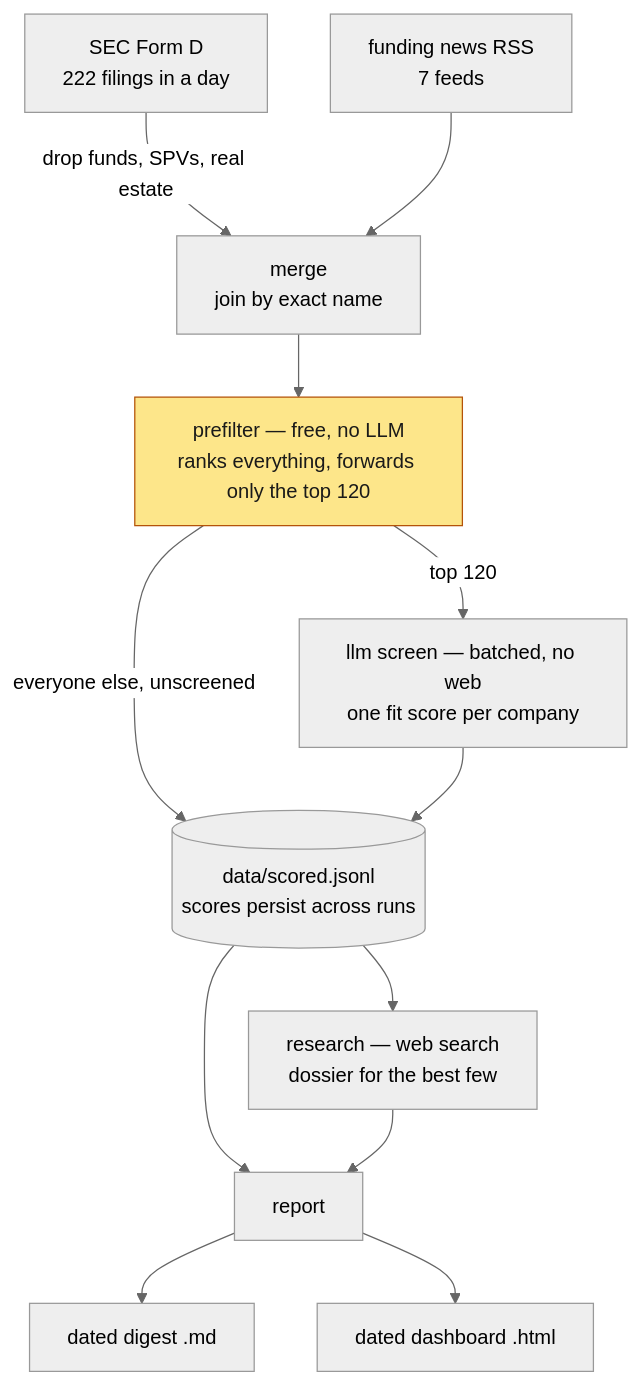
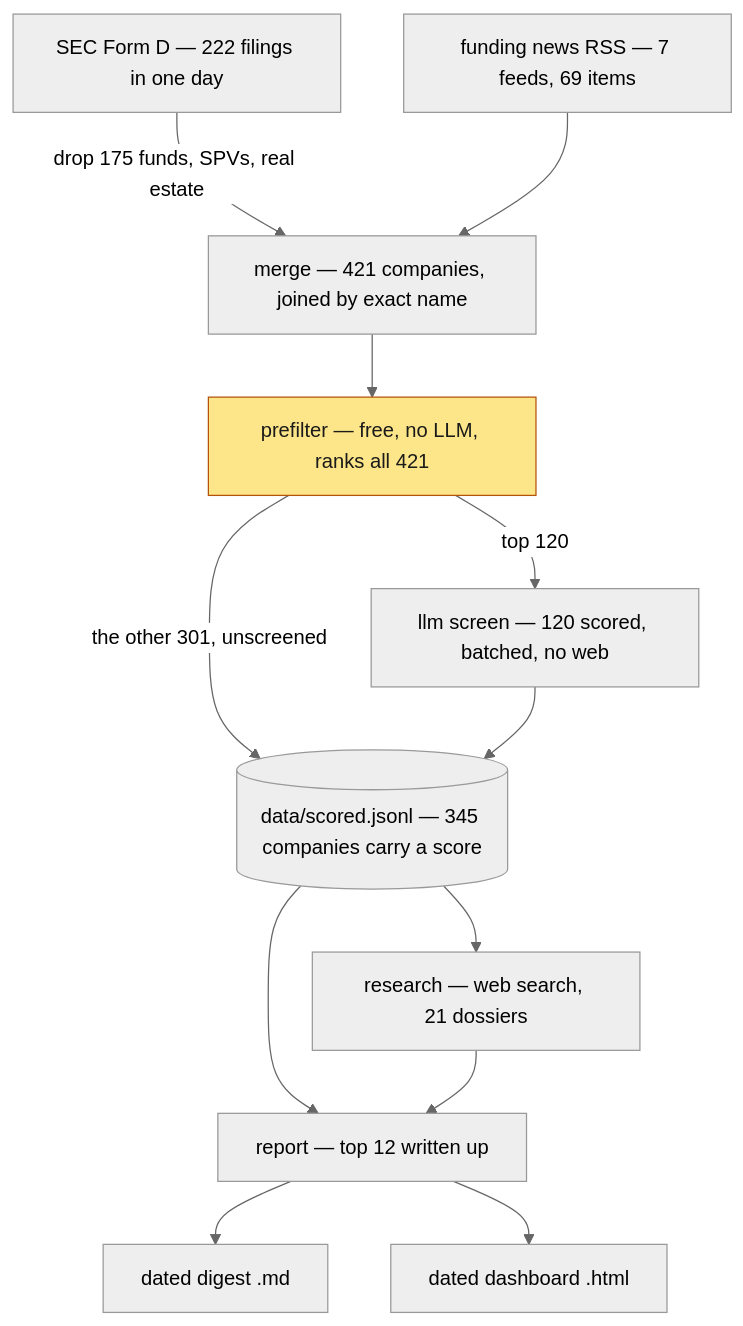
Before and after one commit to zerolocker/startup-finder: the diagram in README.md, drawn with Mermaid (neutral theme). The commit also changed other lines of this file, not shown here.

Commit message:
Drop the last HTML tags from the diagram, and label every stage with a count
<br/> is still an HTML tag, so the labels are now single-line: mermaid wraps
them on its own, and the chart renders the same on GitHub without depending
on HTML support at all. Verified zero tags remain by rendering the block.

Every stage now carries its count, which makes the shape of the funnel
legible without reading the prose: 222 filings in a day, 175 dropped as funds
and SPVs, 421 companies merged, 120 of them screened and the other 301 not,
345 carrying a score, 21 dossiers, 12 written up.

Those figures mix two clocks -- filings are one day's, everything downstream
accumulates on disk across runs -- so the caption now says which is which
rather than implying a single pass produced all of them. Also corrects the
intro, which said 41 operating companies where 47 were kept; 41 was the
count that was new rather than already on disk.

````diff
--- a/README.md
+++ b/README.md
@@ -38,18 +38,18 @@
 ```mermaid
 flowchart TD
-    A["SEC Form D<br/>222 filings in a day"] -->|"drop funds, SPVs, real estate"| C
-    B["funding news RSS<br/>7 feeds"] --> C
-    C["merge<br/>join by exact name"] --> D
-    D["prefilter — free, no LLM<br/>ranks everything, forwards only the top 120"]
+    A["SEC Form D — 222 filings in one day"] -->|"drop 175 funds, SPVs, real estate"| C
+    B["funding news RSS — 7 feeds, 69 items"] --> C
+    C["merge — 421 companies, joined by exact name"] --> D
+    D["prefilter — free, no LLM, ranks all 421"]
     D -->|"top 120"| E
-    D -->|"everyone else, unscreened"| S
-    E["llm screen — batched, no web<br/>one fit score per company"] --> S
-    S[("data/scored.jsonl<br/>scores persist across runs")]
+    D -->|"the other 301, unscreened"| S
+    E["llm screen — 120 scored, batched, no web"] --> S
+    S[("data/scored.jsonl — 345 companies carry a score")]
     S --> F & R
-    F["research — web search<br/>dossier for the best few"] --> R
-    R["report"] --> G["dated digest .md"]
+    F["research — web search, 21 dossiers"] --> R
+    R["report — top 12 written up"] --> G["dated digest .md"]
     R --> H["dated dashboard .html"]
 
     classDef gate fill:#fde68a,stroke:#b45309,color:#1a1a19
     class D gate
 ```
````
